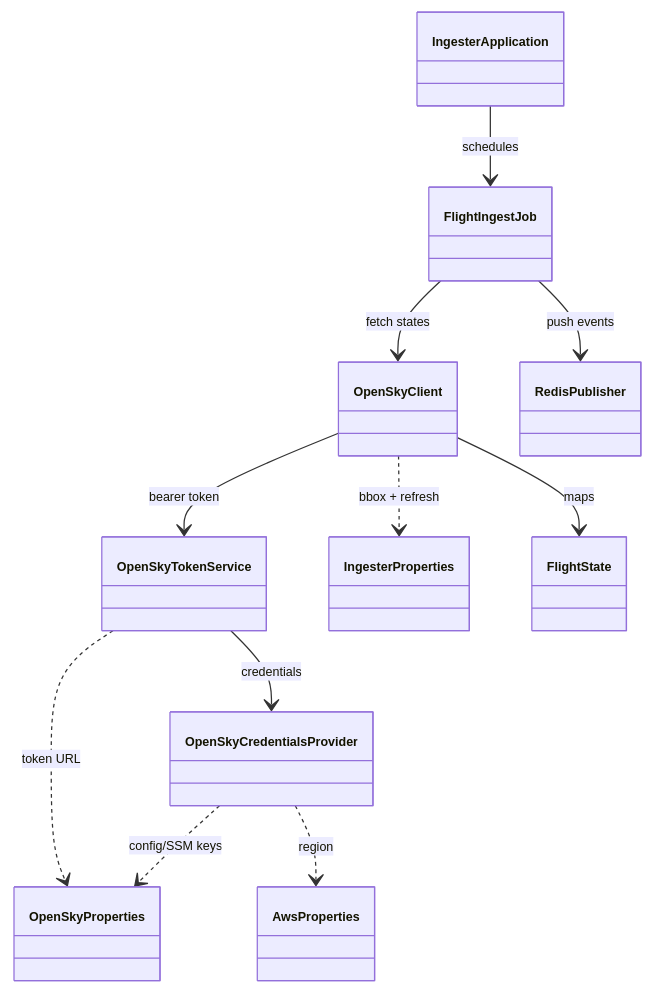
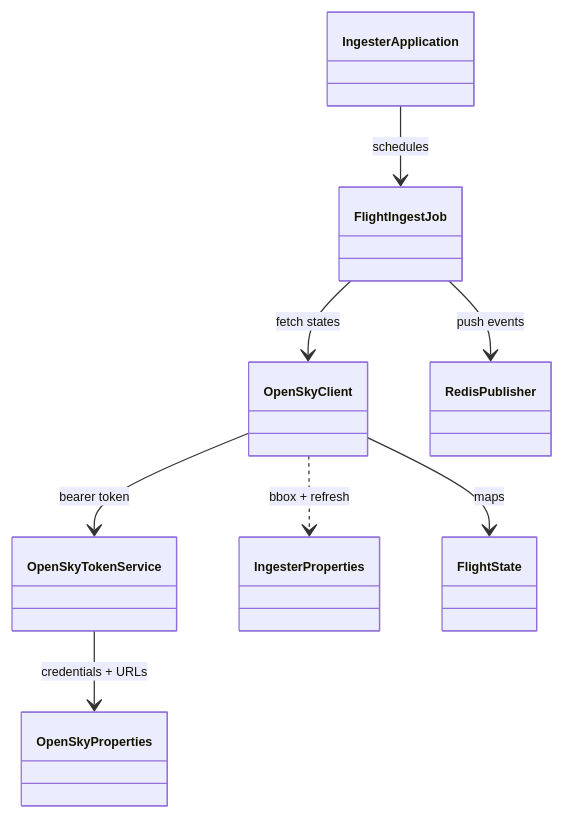
Before and after one commit to ClementV78/CloudRadar: the second of 2 diagrams in src/ingester/README.md, drawn with Mermaid. The commit also changed other lines of this file and 2 other files, not shown here.

First line of the commit message:
refactor(eso): add OpenSky URLs to ExternalSecret for full centralization

````diff
--- a/src/ingester/README.md
+++ b/src/ingester/README.md
@@ -36,25 +36,20 @@
 ```mermaid
 %%{init: {'themeVariables': {'fontSize': '10px'}}}%%
 classDiagram
   class IngesterApplication
   class FlightIngestJob
   class OpenSkyClient
   class OpenSkyTokenService
-  class OpenSkyCredentialsProvider
   class RedisPublisher
   class IngesterProperties
   class OpenSkyProperties
-  class AwsProperties
   class FlightState
 
   IngesterApplication --> FlightIngestJob : schedules
   FlightIngestJob --> OpenSkyClient : fetch states
   FlightIngestJob --> RedisPublisher : push events
   OpenSkyClient --> OpenSkyTokenService : bearer token
-  OpenSkyTokenService --> OpenSkyCredentialsProvider : credentials
+  OpenSkyTokenService --> OpenSkyProperties : credentials + URLs
   OpenSkyClient --> FlightState : maps
   OpenSkyClient ..> IngesterProperties : bbox + refresh
-  OpenSkyTokenService ..> OpenSkyProperties : token URL
-  OpenSkyCredentialsProvider ..> OpenSkyProperties : config/SSM keys
-  OpenSkyCredentialsProvider ..> AwsProperties : region
 ```
````
